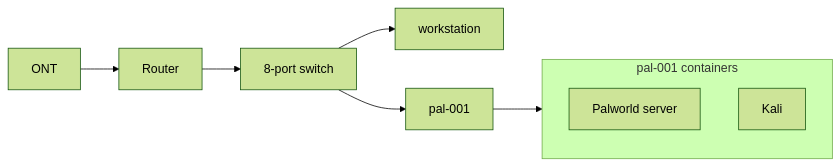
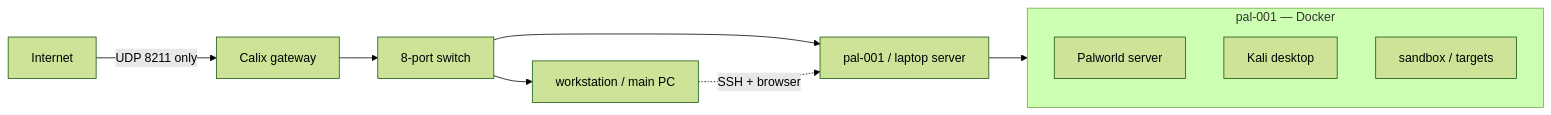
One commit to Azzy226/homelab changed the diagram in README.md. Above: the diagram before and after it, drawn with Mermaid (forest theme). The commit also changed other lines of this file, not shown here.

First line of the commit message:
Expand diagram to show access model and all services

````diff
--- a/README.md
+++ b/README.md
@@ -21,12 +26,16 @@
 ```mermaid
 flowchart LR
-    ONT[ONT] --> RTR[Router]
+    NET[Internet] -->|UDP 8211 only| RTR[Calix gateway]
     RTR --> SW[8-port switch]
-    SW --> WS[workstation]
-    SW --> SRV[pal-001]
-    subgraph PALC[pal-001 containers]
+    SW --> WS[workstation / main PC]
+    SW --> SRV[pal-001 / laptop server]
+
+    subgraph PALC[pal-001 — Docker]
         GAME[Palworld server]
-        SBX[Kali]
+        KALI[Kali desktop]
+        SBX[sandbox / targets]
     end
     SRV --> PALC
+
+    WS -. SSH + browser .-> SRV
 ```
````
